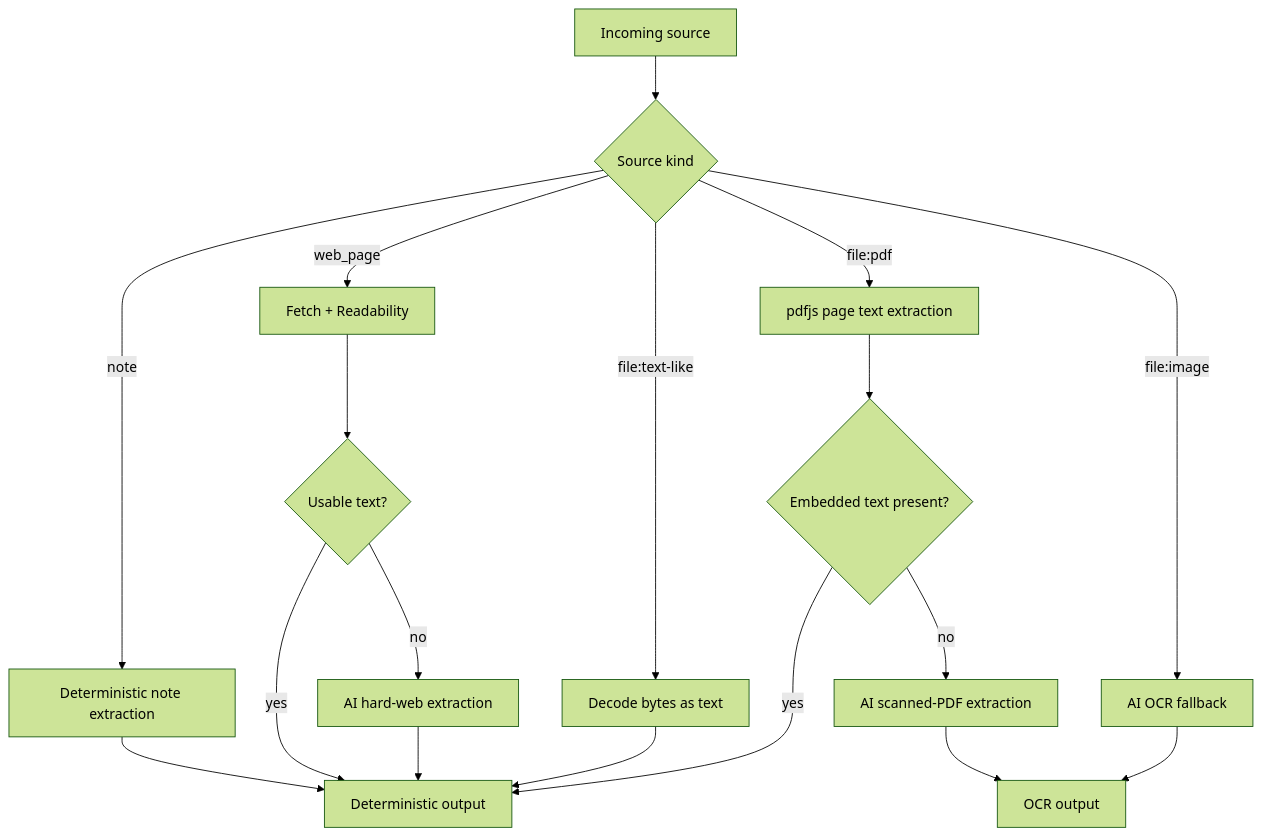
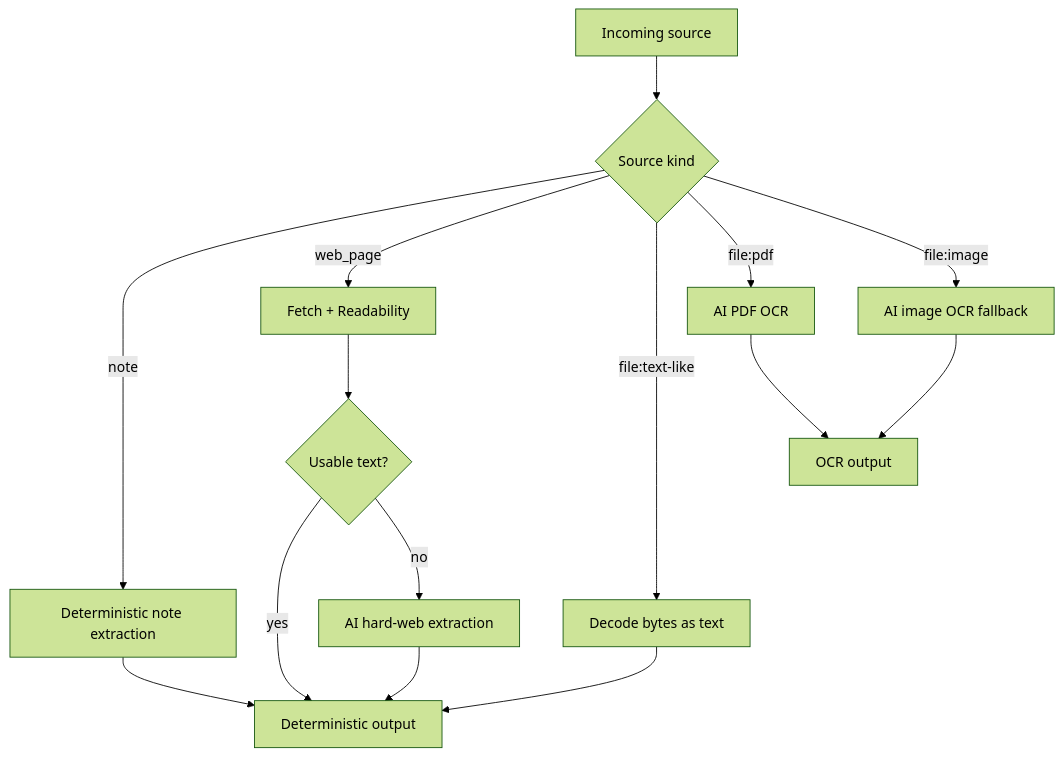
The third of 3 diagrams in docs/ingestion-workflow-foundation.md (wiseiodev/memory-vault), drawn with Mermaid (forest theme) before and after one commit. The commit also changed other lines of this file and 6 other files, not shown here.

````diff
--- a/docs/ingestion-workflow-foundation.md
+++ b/docs/ingestion-workflow-foundation.md
@@ -103,22 +102,19 @@
 ```mermaid
 flowchart TD
     A["Incoming source"] --> B{"Source kind"}
     B -->|note| C["Deterministic note extraction"]
     B -->|web_page| D["Fetch + Readability"]
     B -->|file:text-like| E["Decode bytes as text"]
-    B -->|file:pdf| F["pdfjs page text extraction"]
-    B -->|file:image| G["AI OCR fallback"]
+    B -->|file:pdf| F["AI PDF OCR"]
+    B -->|file:image| G["AI image OCR fallback"]
 
     D --> H{"Usable text?"}
-    F --> I{"Embedded text present?"}
 
     H -->|yes| J["Deterministic output"]
     H -->|no| K["AI hard-web extraction"]
-    I -->|yes| J
-    I -->|no| L["AI scanned-PDF extraction"]
     C --> J
     E --> J
     G --> M["OCR output"]
     K --> J
-    L --> M
+    F --> M
 ```
````
